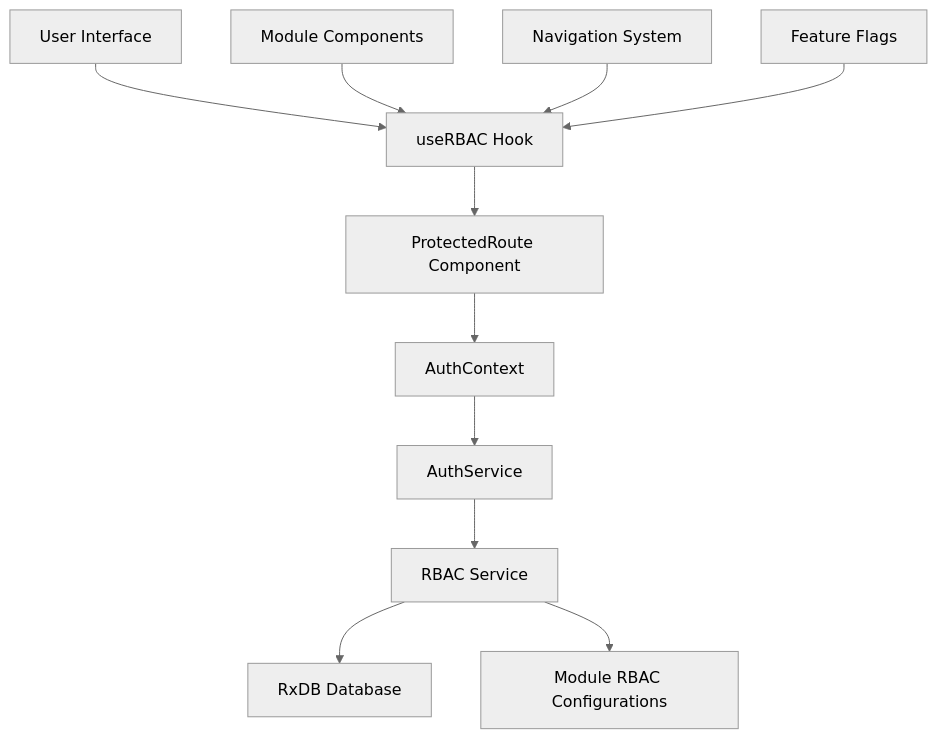
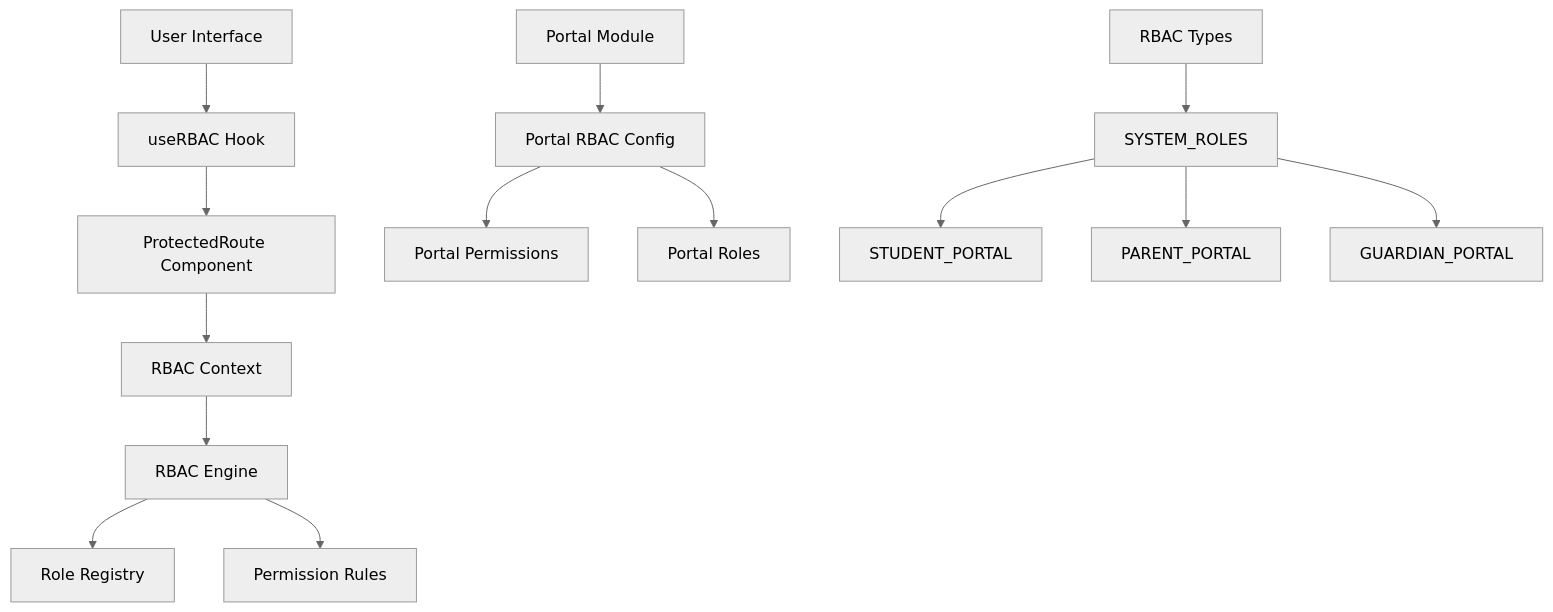
Before and after one commit to geniusdynamics/schoolpilot: the first of 9 diagrams in .qoder/repowiki/en/content/Core Systems/Authentication & Authorization/RBAC Architecture.md, drawn with Mermaid (neutral theme). The commit also changed other lines of this file and 760 other files, not shown here.

````diff
--- a/.qoder/repowiki/en/content/Core Systems/Authentication & Authorization/RBAC Architecture.md
+++ b/.qoder/repowiki/en/content/Core Systems/Authentication & Authorization/RBAC Architecture.md
@@ -49,13 +63,16 @@
 ```mermaid
 graph TD
 A[User Interface] --> B[useRBAC Hook]
 B --> C[ProtectedRoute Component]
-C --> D[AuthContext]
-D --> E[AuthService]
-E --> F[RBAC Service]
-F --> G[RxDB Database]
-F --> H[Module RBAC Configurations]
-I[Module Components] --> B
-J[Navigation System] --> B
-K[Feature Flags] --> B
+C --> D[RBAC Context]
+D --> E[RBAC Engine]
+E --> F[Role Registry]
+E --> G[Permission Rules]
+H[Portal Module] --> I[Portal RBAC Config]
+I --> J[Portal Permissions]
+I --> K[Portal Roles]
+L[RBAC Types] --> M[SYSTEM_ROLES]
+M --> N[STUDENT_PORTAL]
+M --> O[PARENT_PORTAL]
+M --> P[GUARDIAN_PORTAL]
 ```
````
